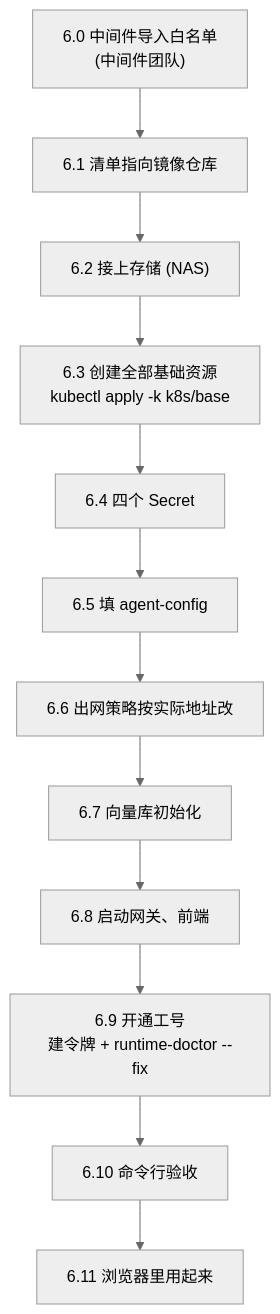
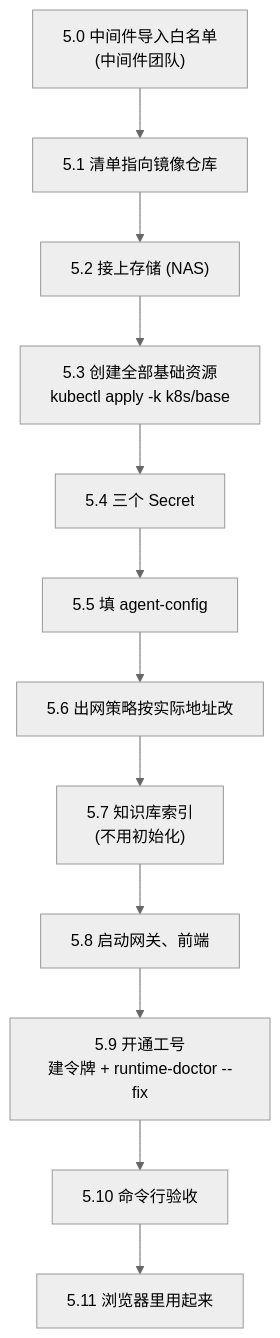
Before and after one commit to sqlrush/gh_agent_k8s: the fourth of 4 diagrams in docs/从源码构建到K8s运行-完整手册.md, drawn with Mermaid (neutral theme). The commit also changed other lines of this file and 78 other files, not shown here.

````diff
--- a/docs/从源码构建到K8s运行-完整手册.md
+++ b/docs/从源码构建到K8s运行-完整手册.md
@@ -441,14 +284,14 @@
 ```mermaid
 flowchart TD
-    S0["6.0 中间件导入白名单<br/>(中间件团队)"] --> S1["6.1 清单指向镜像仓库"]
-    S1 --> S2["6.2 接上存储 (NAS)"]
-    S2 --> S3["6.3 创建全部基础资源<br/>kubectl apply -k k8s/base"]
-    S3 --> S4["6.4 四个 Secret"]
-    S4 --> S5["6.5 填 agent-config"]
-    S5 --> S6["6.6 出网策略按实际地址改"]
-    S6 --> S7["6.7 向量库初始化"]
-    S7 --> S8["6.8 启动网关、前端"]
-    S8 --> S9["6.9 开通工号<br/>建令牌 + runtime-doctor --fix"]
-    S9 --> S10["6.10 命令行验收"]
-    S10 --> S11["6.11 浏览器里用起来"]
+    S0["5.0 中间件导入白名单<br/>(中间件团队)"] --> S1["5.1 清单指向镜像仓库"]
+    S1 --> S2["5.2 接上存储 (NAS)"]
+    S2 --> S3["5.3 创建全部基础资源<br/>kubectl apply -k k8s/base"]
+    S3 --> S4["5.4 三个 Secret"]
+    S4 --> S5["5.5 填 agent-config"]
+    S5 --> S6["5.6 出网策略按实际地址改"]
+    S6 --> S7["5.7 知识库索引<br/>(不用初始化)"]
+    S7 --> S8["5.8 启动网关、前端"]
+    S8 --> S9["5.9 开通工号<br/>建令牌 + runtime-doctor --fix"]
+    S9 --> S10["5.10 命令行验收"]
+    S10 --> S11["5.11 浏览器里用起来"]
 ```
````
